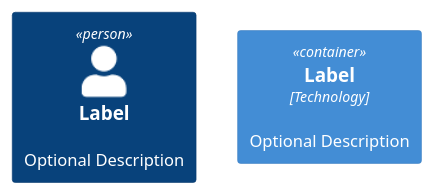
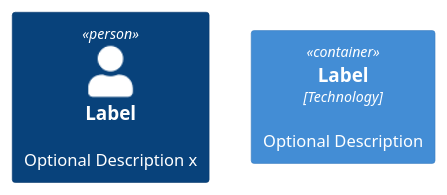
The diagram in diagrams/maze.puml (budgiedownunder/maze), drawn with PlantUML before and after one commit. The commit also changed 1 other file, not shown here.

```diff
--- a/diagrams/maze.puml
+++ b/diagrams/maze.puml
@@ -1,5 +1,5 @@
 @startuml
 !include includes/C4_Container.puml
-Person(personAlias, "Label", "Optional Description")
+Person(personAlias, "Label", "Optional Description x")
 Container(containerAlias, "Label", "Technology", "Optional Description")
 @enduml
```
